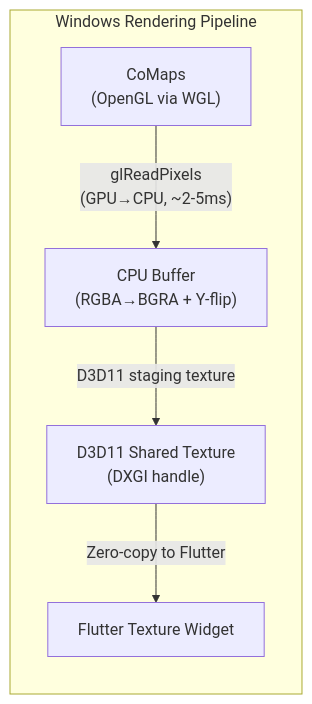
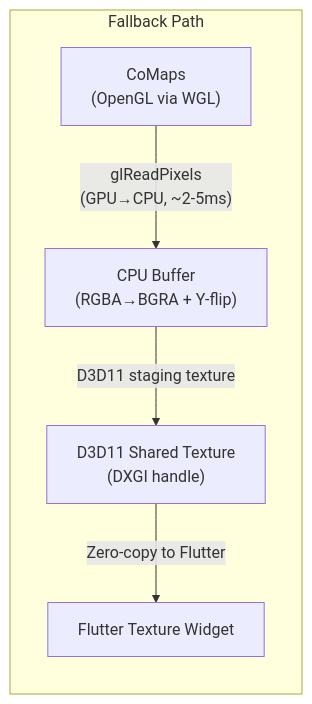
One commit to agus-works/agus-maps-flutter changed the third of 3 diagrams in README.md. Above: the diagram before and after it, drawn with Mermaid. The commit also changed other lines of this file and 2 other files, not shown here.

First line of the commit message:
docs(windows): update architecture documentation for zero-copy rendering implementation

````diff
--- a/README.md
+++ b/README.md
@@ -607,10 +619,10 @@
 ```mermaid
 flowchart TB
-    subgraph pipeline["Windows Rendering Pipeline"]
+    subgraph pipeline["Fallback Path"]
         direction TB
         W1["CoMaps<br/>(OpenGL via WGL)"] 
         W1 -->|"glReadPixels<br/>(GPU→CPU, ~2-5ms)"| W2["CPU Buffer<br/>(RGBA→BGRA + Y-flip)"]
         W2 -->|"D3D11 staging texture"| W3["D3D11 Shared Texture<br/>(DXGI handle)"]
         W3 -->|"Zero-copy to Flutter"| W4["Flutter Texture Widget"]
     end
 ```
````
